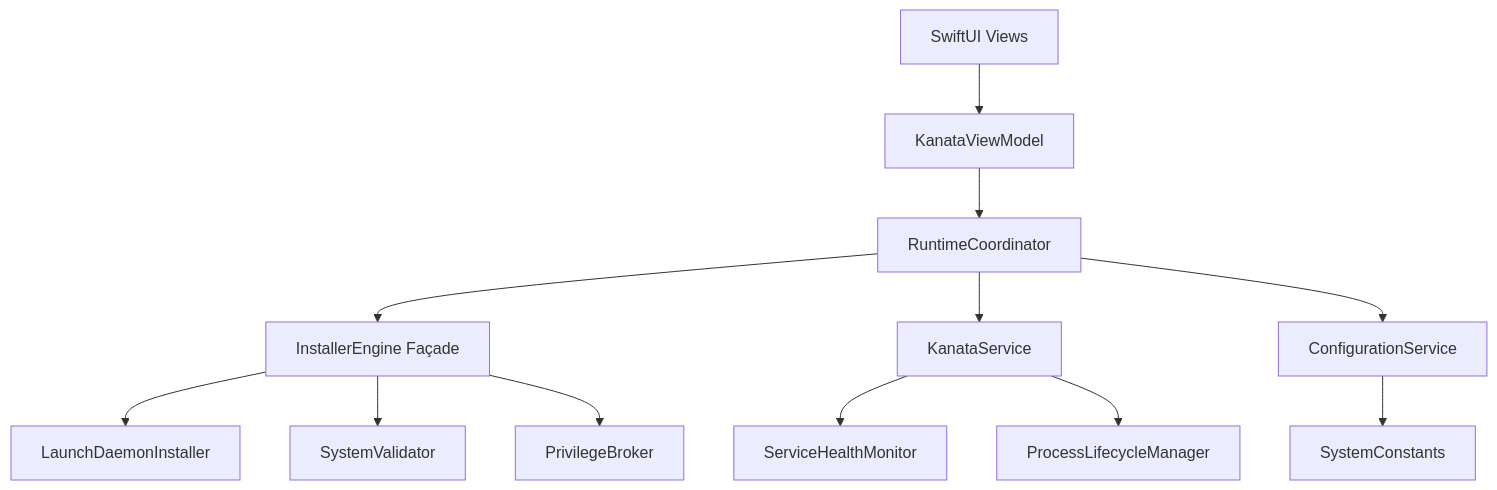
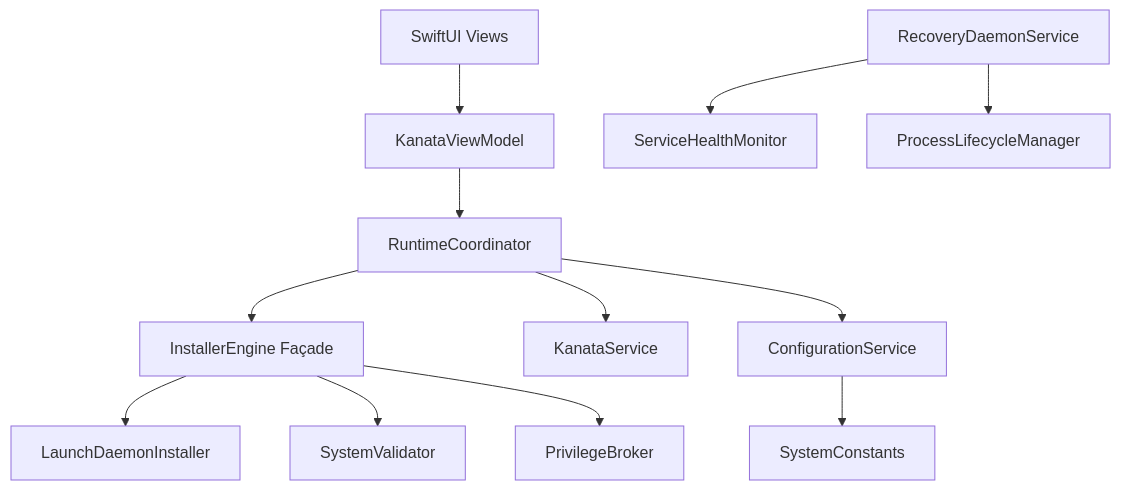
The diagram in docs/analysis/kanata-manager-refactoring-plan.md (malpern/KeyPath), drawn with Mermaid before and after one commit. The commit also changed 318 other files, not shown here.

````diff
--- a/docs/analysis/kanata-manager-refactoring-plan.md
+++ b/docs/analysis/kanata-manager-refactoring-plan.md
@@ -102,19 +102,19 @@
 ```mermaid
 graph TD
     UI[SwiftUI Views] --> ViewModel[KanataViewModel]
     
     ViewModel --> Coordinator[RuntimeCoordinator]
     
     Coordinator --> InstallerEngine[InstallerEngine Façade]
     Coordinator --> KanataService[KanataService]
     Coordinator --> ConfigService[ConfigurationService]
     
     InstallerEngine --> LaunchDaemonInstaller[LaunchDaemonInstaller]
     InstallerEngine --> SystemValidator[SystemValidator]
     InstallerEngine --> PrivilegeBroker[PrivilegeBroker]
     
-    KanataService --> HealthMonitor[ServiceHealthMonitor]
-    KanataService --> ProcessLifecycle[ProcessLifecycleManager]
+    RecoveryDaemonService --> HealthMonitor[ServiceHealthMonitor]
+    RecoveryDaemonService --> ProcessLifecycle[ProcessLifecycleManager]
     
     ConfigService --> Constants[SystemConstants]
 ```
````
